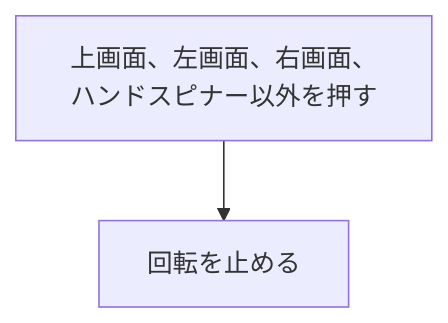
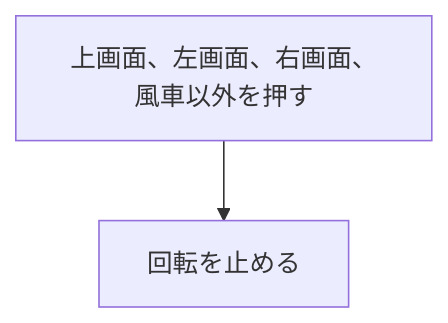
Before and after one commit to pfgnsb/hand-spinner: the seventh of 9 diagrams in spinner/ドキュメント/ユースケース.md, drawn with Mermaid. The commit also changed other lines of this file and 13 other files, not shown here.

````diff
--- a/spinner/ドキュメント/ユースケース.md
+++ b/spinner/ドキュメント/ユースケース.md
@@ -151,4 +151,4 @@
 ```mermaid
 flowchart TD
-  a[上画面、左画面、右画面、ハンドスピナー以外を押す] --> b[回転を止める]
+  a[上画面、左画面、右画面、風車以外を押す] --> b[回転を止める]
 ```
````
